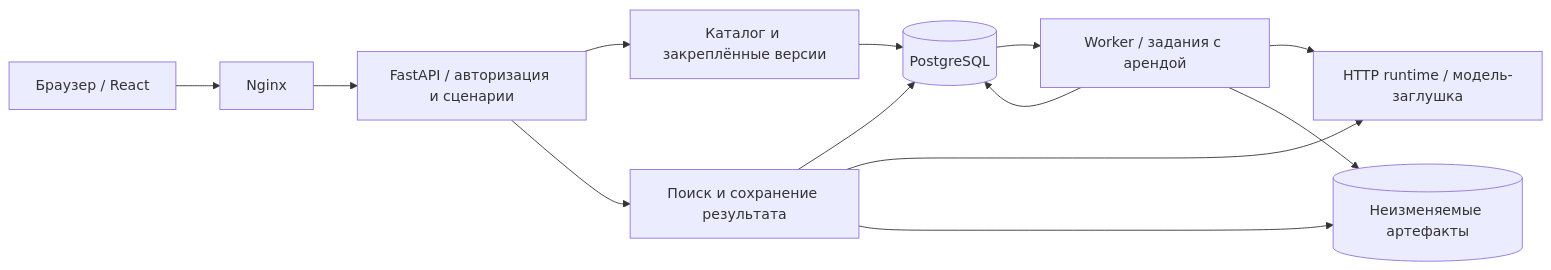
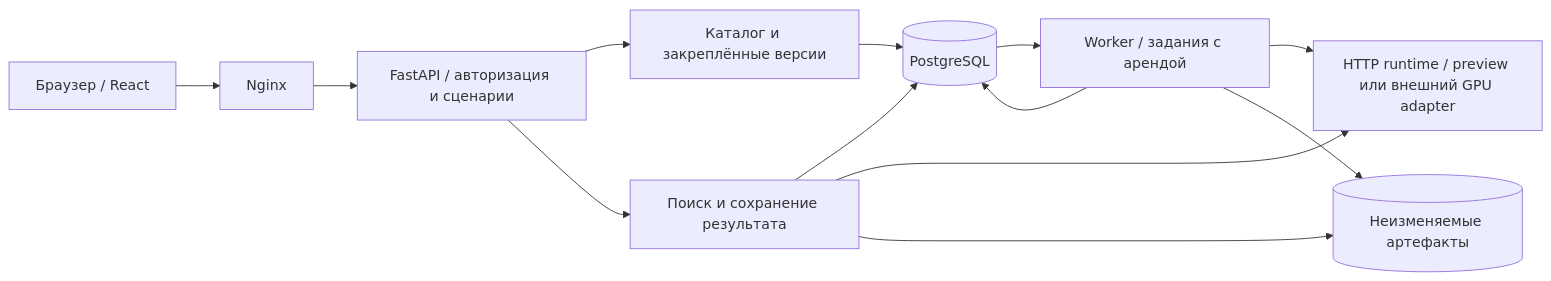
The diagram in service/docs/ARCHITECTURE.md (chrizantona/yslfalcon), drawn with Mermaid before and after one commit. The commit also changed other lines of this file and 53 other files, not shown here.

````diff
--- a/service/docs/ARCHITECTURE.md
+++ b/service/docs/ARCHITECTURE.md
@@ -7,15 +7,15 @@
 ```mermaid
 flowchart LR
     Browser[Браузер / React] --> Web[Nginx]
     Web --> API[FastAPI / авторизация и сценарии]
     API --> Catalog[Каталог и закреплённые версии]
     Catalog --> DB[(PostgreSQL)]
     API --> Search[Поиск и сохранение результата]
     Search --> DB
-    Search --> Runtime[HTTP runtime / модель-заглушка]
+    Search --> Runtime[HTTP runtime / preview или внешний GPU adapter]
     Search --> Files[(Неизменяемые артефакты)]
     DB --> Worker[Worker / задания с арендой]
     Worker --> Runtime
     Worker --> Files
     Worker --> DB
 ```
````
